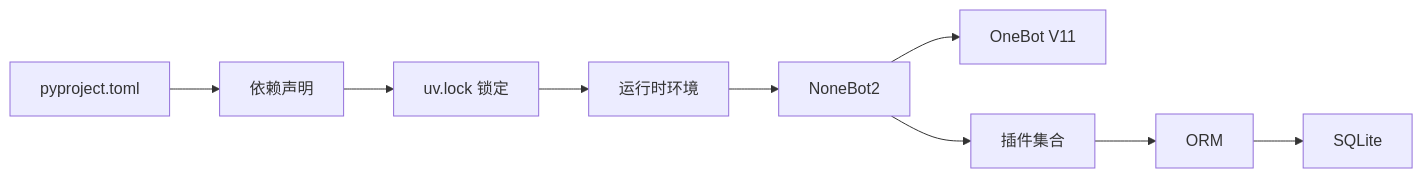
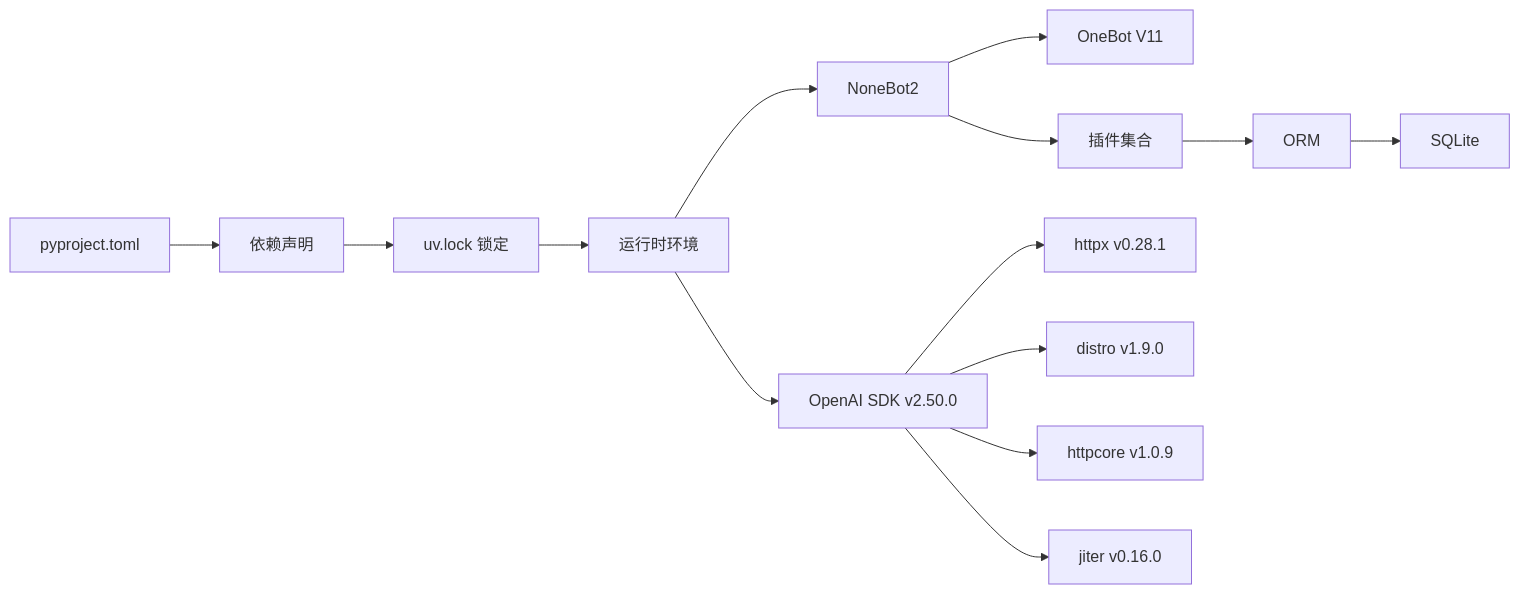
The fourth of 4 diagrams in .qoder/repowiki/zh/content/配置与部署.md (Wohaokunr/yawn_bot), drawn with Mermaid before and after one commit. The commit also changed other lines of this file and 13 other files, not shown here.

````diff
--- a/.qoder/repowiki/zh/content/配置与部署.md
+++ b/.qoder/repowiki/zh/content/配置与部署.md
@@ -194,11 +242,16 @@
 ```mermaid
 graph LR
 PYPROJ["pyproject.toml"] --> DEPS["依赖声明"]
 DEPS --> UVLOCK["uv.lock 锁定"]
 UVLOCK --> RUNTIME["运行时环境"]
 RUNTIME --> NONEBOT["NoneBot2"]
 NONEBOT --> ADAPTER["OneBot V11"]
 NONEBOT --> PLUG["插件集合"]
 PLUG --> ORM["ORM"]
 ORM --> SQLITE["SQLite"]
+RUNTIME --> OPENAI["OpenAI SDK v2.50.0"]
+OPENAI --> HTTPX["httpx v0.28.1"]
+OPENAI --> DISTRO["distro v1.9.0"]
+OPENAI --> HTTPCORE["httpcore v1.0.9"]
+OPENAI --> JITER["jiter v0.16.0"]
 ```
````
